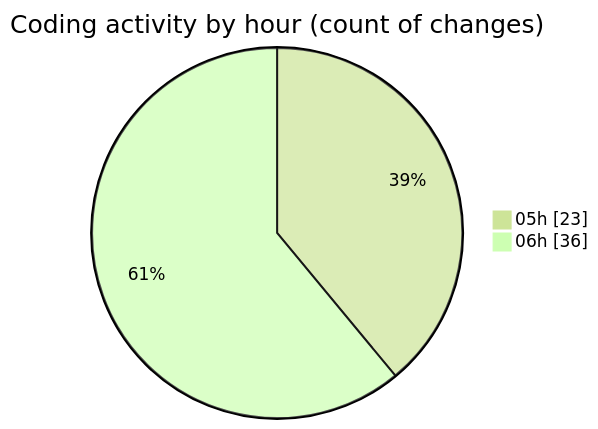
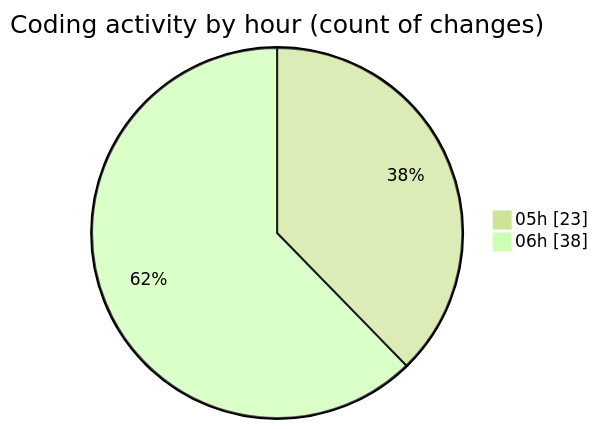
The second of 2 diagrams in 2025-05-21/fixme24/README.md (FixMe24/code-tracking), drawn with Mermaid (forest theme) before and after one commit. The commit also changed other lines of this file and 1 other file, not shown here.

````diff
--- a/2025-05-21/fixme24/README.md
+++ b/2025-05-21/fixme24/README.md
@@ -56,6 +57,6 @@
 ```mermaid
 pie showData
 title Coding activity by hour (count of changes)
 "05h" : 23
-"06h" : 36
+"06h" : 38
 ```
````
